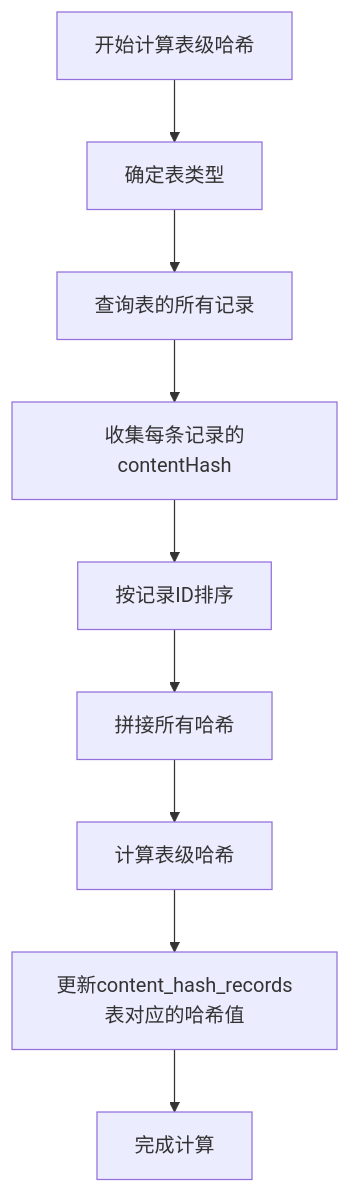
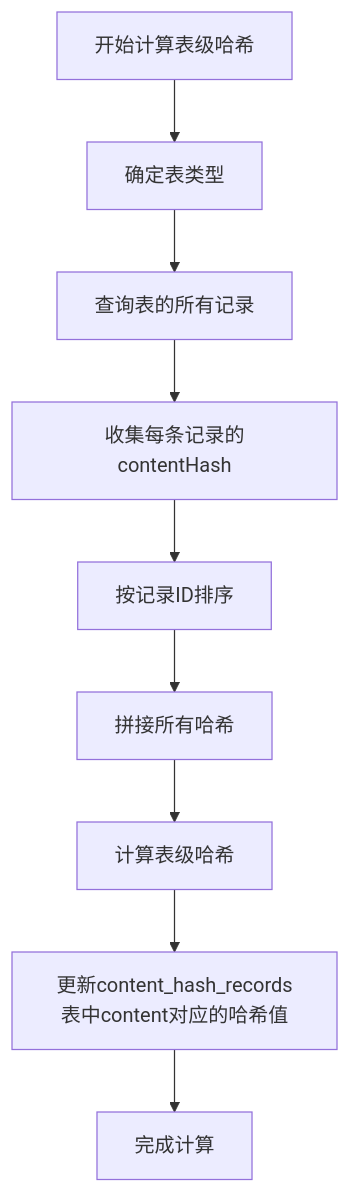
The diagram in all/未命名-47.md (yingjianzh/iodraw-files), drawn with Mermaid before and after one commit.

Commit message:
2025-04-29 14:08:32 update

````diff
--- a/all/未命名-47.md
+++ b/all/未命名-47.md
@@ -1,15 +1,14 @@
 ```mermaid
-
 flowchart TD
     Start[开始计算表级哈希] --> GetTableType[确定表类型]
     GetTableType --> QueryRecords[查询表的所有记录]
     QueryRecords --> CollectHashes[收集每条记录的contentHash]
     
     CollectHashes --> SortByIds[按记录ID排序]
     SortByIds --> ConcatHashes[拼接所有哈希]
     ConcatHashes --> ComputeTableHash[计算表级哈希]
     
-    ComputeTableHash --> UpdateStateTable[更新content_hash_records表对应的哈希值]
+    ComputeTableHash --> UpdateStateTable[更新content_hash_records表中content对应的哈希值]
     UpdateStateTable --> End[完成计算]
 
 ```
````
